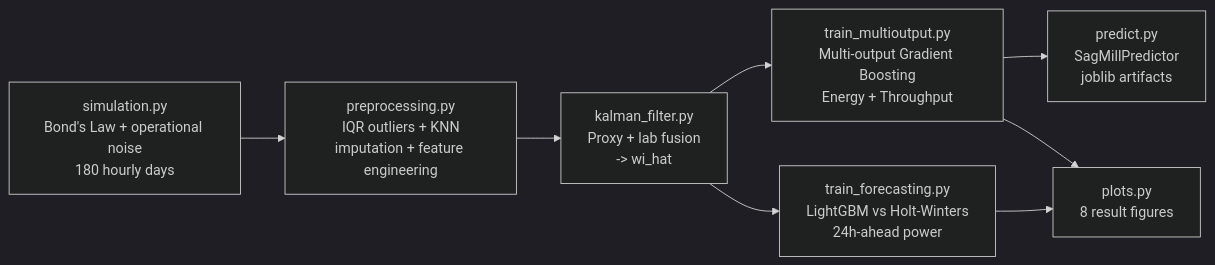
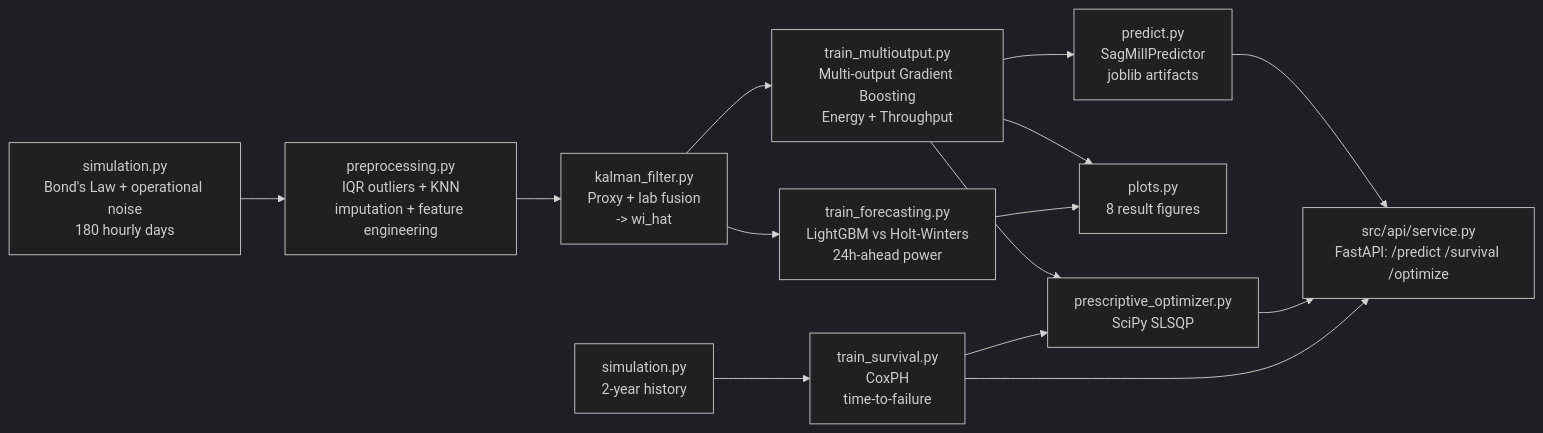
One commit to Rxyxs/chile-mining-sag-energy-digital-twin changed the diagram in README.md. Above: the diagram before and after it, drawn with Mermaid (dark theme). The commit also changed other lines of this file and 10 other files, not shown here.

Commit message:
feat: CoxPH survival analysis and prescriptive setpoint optimizer

````diff
--- a/README.md
+++ b/README.md
@@ -140,10 +195,16 @@
 ```mermaid
 flowchart LR
     A["simulation.py<br/>Bond's Law + operational noise<br/>180 hourly days"] --> B["preprocessing.py<br/>IQR outliers + KNN<br/>imputation + feature engineering"]
     B --> C["kalman_filter.py<br/>Proxy + lab fusion<br/>-> wi_hat"]
     C --> D["train_multioutput.py<br/>Multi-output Gradient Boosting<br/>Energy + Throughput"]
     C --> E["train_forecasting.py<br/>LightGBM vs Holt-Winters<br/>24h-ahead power"]
+    A2["simulation.py<br/>2-year history"] --> S["train_survival.py<br/>CoxPH<br/>time-to-failure"]
     D --> F["predict.py<br/>SagMillPredictor<br/>joblib artifacts"]
     D --> G["plots.py<br/>8 result figures"]
     E --> G
+    D --> O["prescriptive_optimizer.py<br/>SciPy SLSQP"]
+    S --> O
+    F --> API["src/api/service.py<br/>FastAPI: /predict /survival /optimize"]
+    O --> API
+    S --> API
 ```
````
